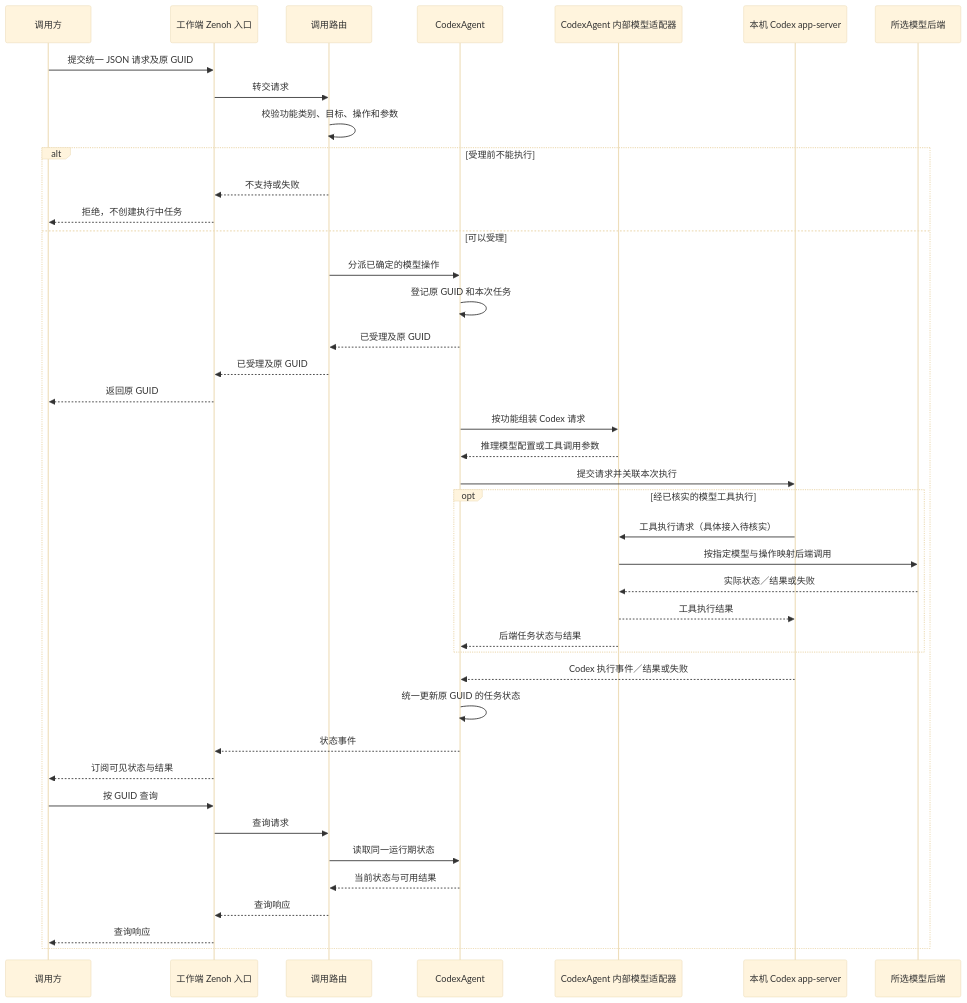
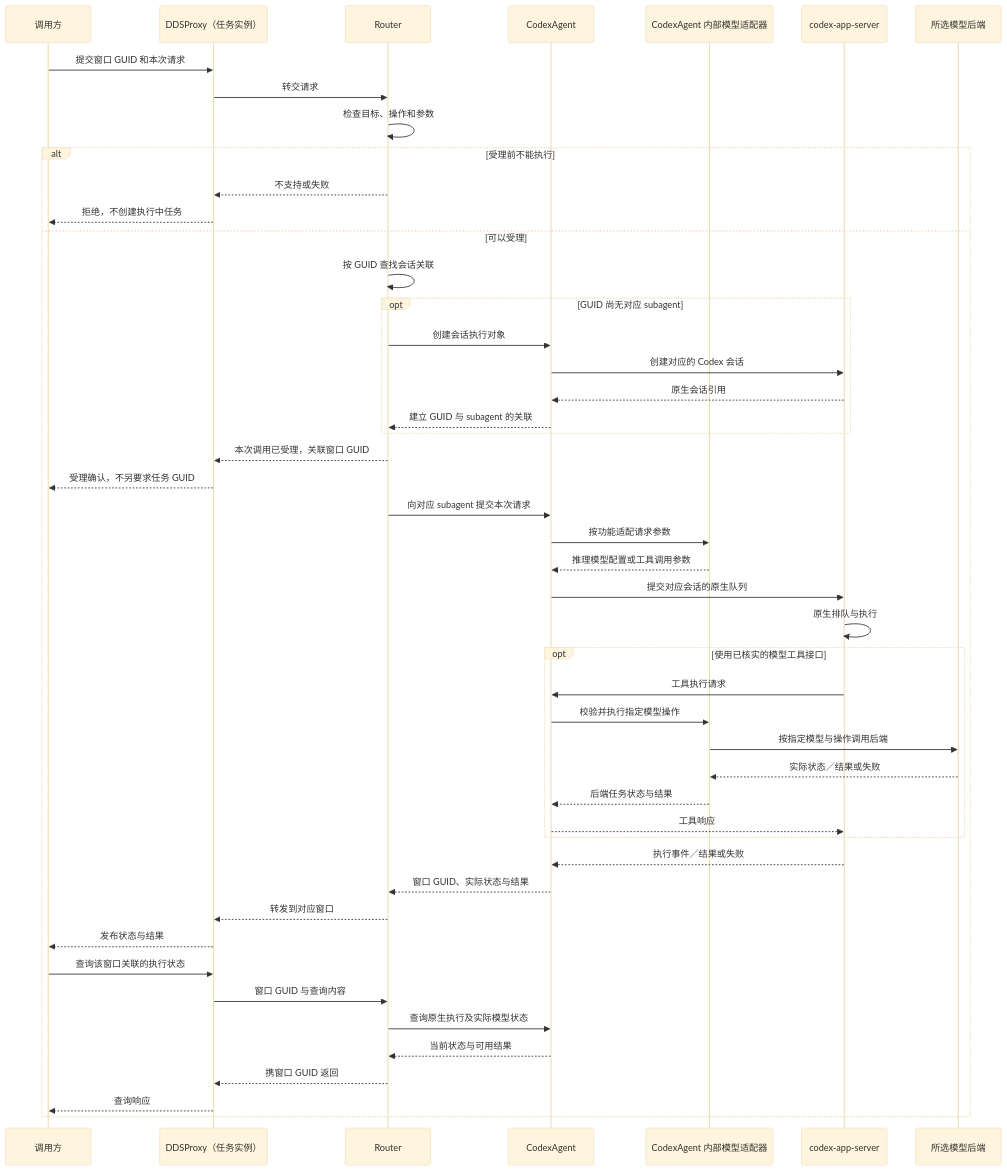
One commit to jecyxyf/AgentDDS changed the second of 2 diagrams in specs/REQ-002-技术方案设计.md. Above: the diagram before and after it, drawn with Mermaid (base theme). The commit also changed other lines of this file and 1 other file, not shown here.

````diff
--- a/specs/REQ-002-技术方案设计.md
+++ b/specs/REQ-002-技术方案设计.md
@@ -122,43 +229,50 @@
 ```mermaid
 sequenceDiagram
     participant U as 调用方
-    participant Z as 工作端 Zenoh 入口
-    participant R as 调用路由
+    participant P as DDSProxy（任务实例）
+    participant R as Router
     participant A as CodexAgent
     participant M as CodexAgent 内部模型适配器
-    participant X as 本机 Codex app-server
+    participant S as codex-app-server
     participant B as 所选模型后端
-    U->>Z: 提交统一 JSON 请求及原 GUID
-    Z->>R: 转交请求
-    R->>R: 校验功能类别、目标、操作和参数
+    U->>P: 提交窗口 GUID 和本次请求
+    P->>R: 转交请求
+    R->>R: 检查目标、操作和参数
     alt 受理前不能执行
-        R-->>Z: 不支持或失败
-        Z-->>U: 拒绝，不创建执行中任务
+        R-->>P: 不支持或失败
+        P-->>U: 拒绝，不创建执行中任务
     else 可以受理
-        R->>A: 分派已确定的模型操作
-        A->>A: 登记原 GUID 和本次任务
-        A-->>R: 已受理及原 GUID
-        R-->>Z: 已受理及原 GUID
-        Z-->>U: 返回原 GUID
-        A->>M: 按功能组装 Codex 请求
+        R->>R: 按 GUID 查找会话关联
+        opt GUID 尚无对应 subagent
+            R->>A: 创建会话执行对象
+            A->>S: 创建对应的 Codex 会话
+            S-->>A: 原生会话引用
+            A-->>R: 建立 GUID 与 subagent 的关联
+        end
+        R-->>P: 本次调用已受理，关联窗口 GUID
+        P-->>U: 受理确认，不另要求任务 GUID
+        R->>A: 向对应 subagent 提交本次请求
+        A->>M: 按功能适配请求参数
         M-->>A: 推理模型配置或工具调用参数
-        A->>X: 提交请求并关联本次执行
-        opt 经已核实的模型工具执行
-            X->>M: 工具执行请求（具体接入待核实）
-            M->>B: 按指定模型与操作映射后端调用
+        A->>S: 提交对应会话的原生队列
+        S->>S: 原生排队与执行
+        opt 使用已核实的模型工具接口
+            S->>A: 工具执行请求
+            A->>M: 校验并执行指定模型操作
+            M->>B: 按指定模型与操作调用后端
             B-->>M: 实际状态／结果或失败
-            M-->>X: 工具执行结果
             M-->>A: 后端任务状态与结果
+            A-->>S: 工具响应
         end
-        X-->>A: Codex 执行事件／结果或失败
-        A->>A: 统一更新原 GUID 的任务状态
-        A-->>Z: 状态事件
-        Z-->>U: 订阅可见状态与结果
-        U->>Z: 按 GUID 查询
-        Z->>R: 查询请求
-        R->>A: 读取同一运行期状态
+        S-->>A: 执行事件／结果或失败
+        A-->>R: 窗口 GUID、实际状态与结果
+        R-->>P: 转发到对应窗口
+        P-->>U: 发布状态与结果
+        U->>P: 查询该窗口关联的执行状态
+        P->>R: 窗口 GUID 与查询内容
+        R->>A: 查询原生执行及实际模型状态
         A-->>R: 当前状态与可用结果
-        R-->>Z: 查询响应
-        Z-->>U: 查询响应
+        R-->>P: 携窗口 GUID 返回
+        P-->>U: 查询响应
     end
 ```
````
